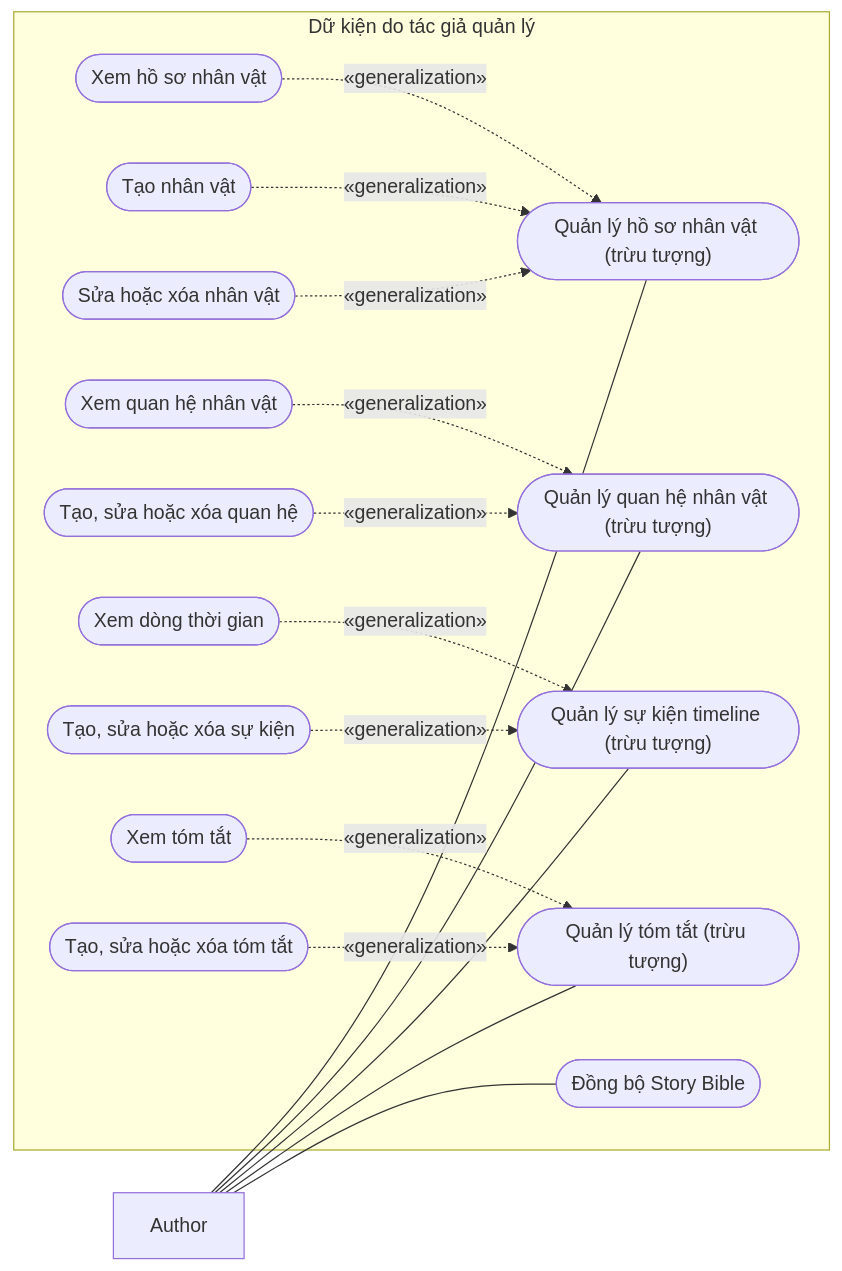
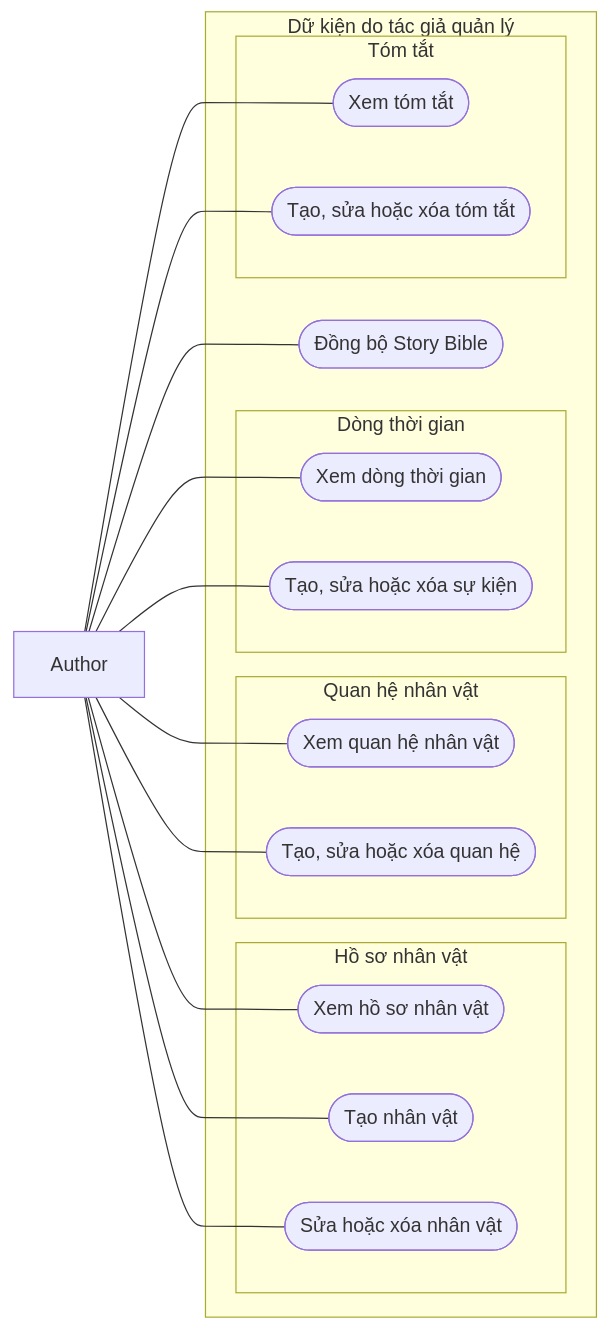
One commit to Ephurin/Novel_sharing_platform changed the second of 2 diagrams in docs/chuong-3-so-do/01b-usecase-tac-gia.md. Above: the diagram before and after it, drawn with Mermaid. The commit also changed other lines of this file, not shown here.

Commit message:
docs: show include/extend relationships only in use cases

````diff
--- a/docs/chuong-3-so-do/01b-usecase-tac-gia.md
+++ b/docs/chuong-3-so-do/01b-usecase-tac-gia.md
@@ -55,34 +57,34 @@
 ```mermaid
 flowchart LR
     A["Author"]
     subgraph SYS["Dữ kiện do tác giả quản lý"]
-        U1(["Quản lý hồ sơ nhân vật (trừu tượng)"])
-        U2(["Xem hồ sơ nhân vật"])
-        U3(["Tạo nhân vật"])
-        U4(["Sửa hoặc xóa nhân vật"])
-        U5(["Quản lý quan hệ nhân vật (trừu tượng)"])
-        U6(["Xem quan hệ nhân vật"])
-        U7(["Tạo, sửa hoặc xóa quan hệ"])
-        U8(["Quản lý sự kiện timeline (trừu tượng)"])
-        U9(["Xem dòng thời gian"])
-        U10(["Tạo, sửa hoặc xóa sự kiện"])
-        U11(["Quản lý tóm tắt (trừu tượng)"])
-        U12(["Xem tóm tắt"])
-        U13(["Tạo, sửa hoặc xóa tóm tắt"])
         U14(["Đồng bộ Story Bible"])
+        subgraph G7_1["Hồ sơ nhân vật"]
+            U2(["Xem hồ sơ nhân vật"])
+            U3(["Tạo nhân vật"])
+            U4(["Sửa hoặc xóa nhân vật"])
+        end
+        subgraph G7_2["Quan hệ nhân vật"]
+            U6(["Xem quan hệ nhân vật"])
+            U7(["Tạo, sửa hoặc xóa quan hệ"])
+        end
+        subgraph G7_3["Dòng thời gian"]
+            U9(["Xem dòng thời gian"])
+            U10(["Tạo, sửa hoặc xóa sự kiện"])
+        end
+        subgraph G7_4["Tóm tắt"]
+            U12(["Xem tóm tắt"])
+            U13(["Tạo, sửa hoặc xóa tóm tắt"])
+        end
     end
-    A --- U1
-    A --- U5
-    A --- U8
-    A --- U11
+    A --- U2
+    A --- U3
+    A --- U4
+    A --- U6
+    A --- U7
+    A --- U9
+    A --- U10
+    A --- U12
+    A --- U13
     A --- U14
-    U2 -.->|"«generalization»"| U1
-    U3 -.->|"«generalization»"| U1
-    U4 -.->|"«generalization»"| U1
-    U6 -.->|"«generalization»"| U5
-    U7 -.->|"«generalization»"| U5
-    U9 -.->|"«generalization»"| U8
-    U10 -.->|"«generalization»"| U8
-    U12 -.->|"«generalization»"| U11
-    U13 -.->|"«generalization»"| U11
 ```
````
